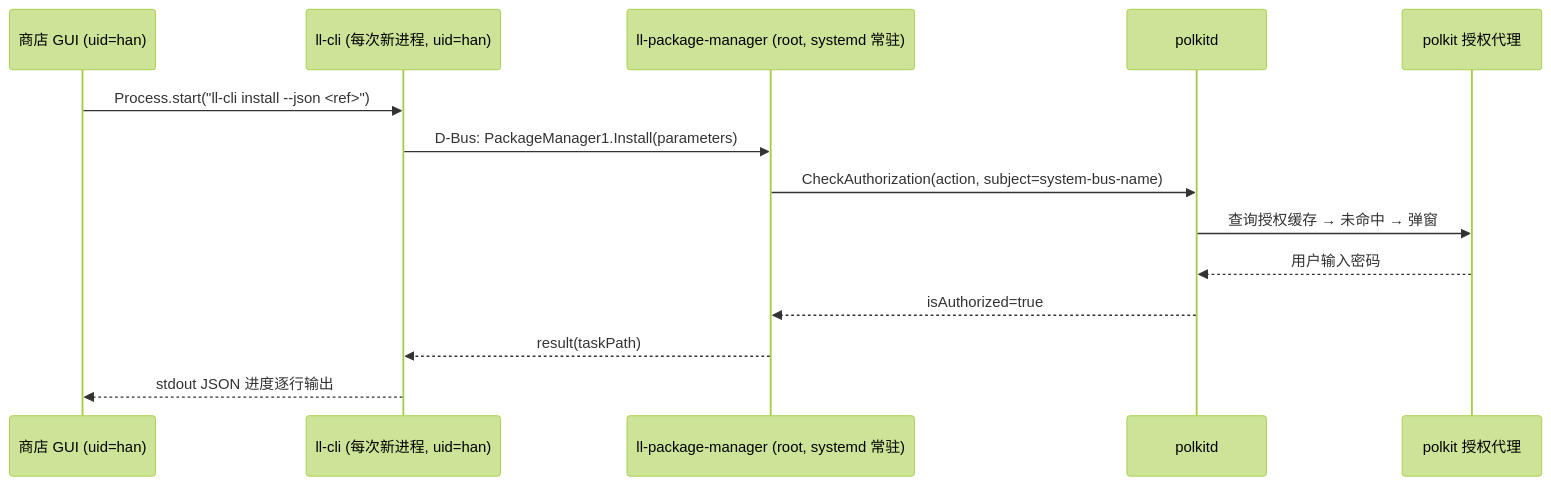
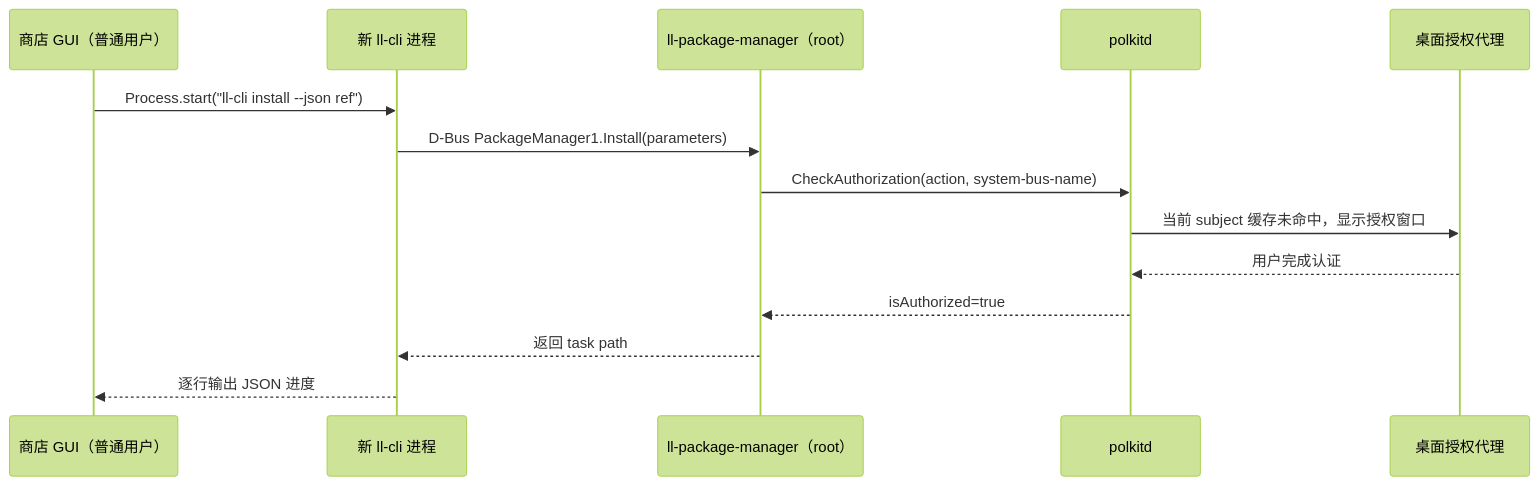
The first of 2 diagrams in docs/47-pkexec-auth-popup-analysis.md (HanHan666666/flutter-linglong-store), drawn with Mermaid (forest theme) before and after one commit. The commit also changed other lines of this file, not shown here.

````diff
--- a/docs/47-pkexec-auth-popup-analysis.md
+++ b/docs/47-pkexec-auth-popup-analysis.md
@@ -21,17 +38,17 @@
 ```mermaid
 sequenceDiagram
-    participant Store as 商店 GUI (uid=han)
-    participant Cli as ll-cli (每次新进程, uid=han)
-    participant Daemon as ll-package-manager (root, systemd 常驻)
+    participant Store as 商店 GUI（普通用户）
+    participant Cli as 新 ll-cli 进程
+    participant Daemon as ll-package-manager（root）
     participant Polkit as polkitd
-    participant Agent as polkit 授权代理
+    participant Agent as 桌面授权代理
 
-    Store->>Cli: Process.start("ll-cli install --json <ref>")
-    Cli->>Daemon: D-Bus: PackageManager1.Install(parameters)
-    Daemon->>Polkit: CheckAuthorization(action, subject=system-bus-name)
-    Polkit->>Agent: 查询授权缓存 → 未命中 → 弹窗
-    Agent-->>Polkit: 用户输入密码
+    Store->>Cli: Process.start("ll-cli install --json ref")
+    Cli->>Daemon: D-Bus PackageManager1.Install(parameters)
+    Daemon->>Polkit: CheckAuthorization(action, system-bus-name)
+    Polkit->>Agent: 当前 subject 缓存未命中，显示授权窗口
+    Agent-->>Polkit: 用户完成认证
     Polkit-->>Daemon: isAuthorized=true
-    Daemon-->>Cli: result(taskPath)
-    Cli-->>Store: stdout JSON 进度逐行输出
+    Daemon-->>Cli: 返回 task path
+    Cli-->>Store: 逐行输出 JSON 进度
 ```
````
